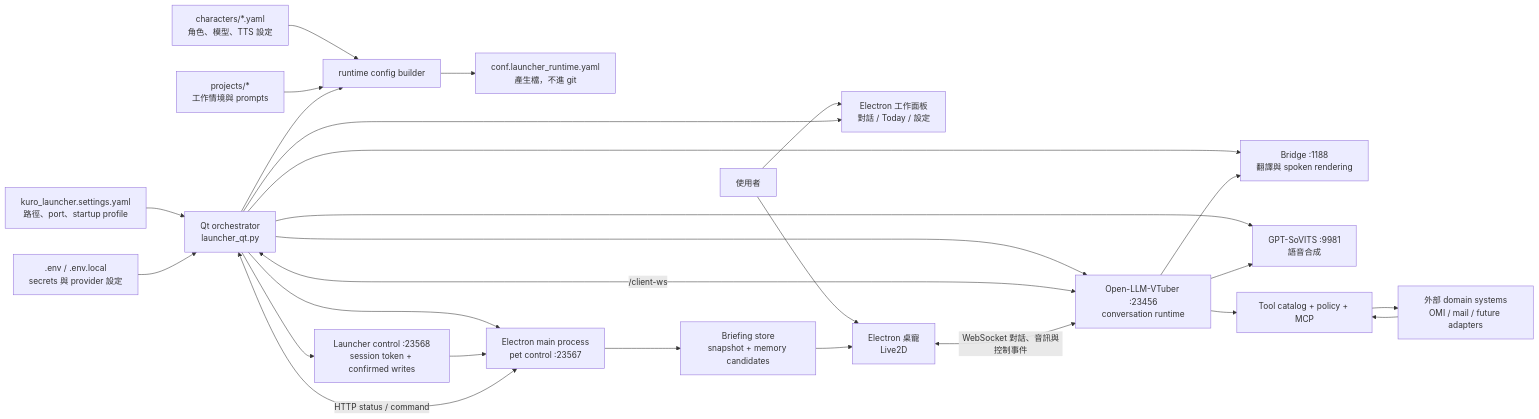
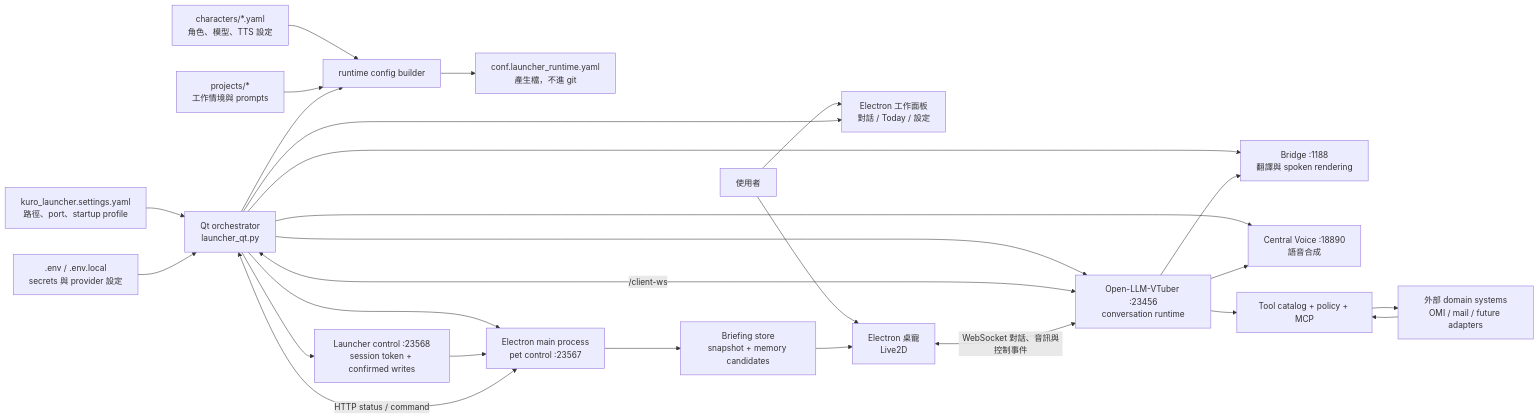
The first of 4 diagrams in README.md (lulu930128/desktop-agent-runtime), drawn with Mermaid before and after one commit. The commit also changed other lines of this file and 267 other files, not shown here.

First line of the commit message:
feat: release 1.1.0 with central voice runtime

````diff
--- a/README.md
+++ b/README.md
@@ -64,33 +64,33 @@
 ```mermaid
 flowchart LR
     User["使用者"] --> WorkPanel["Electron 工作面板<br/>對話 / Today / 設定"]
     User --> PetUI["Electron 桌寵<br/>Live2D"]
     Console["Qt orchestrator<br/>launcher_qt.py"] --> WorkPanel
 
     Settings["kuro_launcher.settings.yaml<br/>路徑、port、startup profile"] --> Console
     Env[".env / .env.local<br/>secrets 與 provider 設定"] --> Console
     Character["characters/*.yaml<br/>角色、模型、TTS 設定"] --> RuntimeBuilder["runtime config builder"]
     Project["projects/*<br/>工作情境與 prompts"] --> RuntimeBuilder
     Console --> RuntimeBuilder
     RuntimeBuilder --> Generated["conf.launcher_runtime.yaml<br/>產生檔，不進 git"]
 
     Console --> Bridge["Bridge :1188<br/>翻譯與 spoken rendering"]
-    Console --> TTS["GPT-SoVITS :9981<br/>語音合成"]
+    Console --> TTS["Central Voice :18890<br/>語音合成"]
     Console --> Runtime["Open-LLM-VTuber :23456<br/>conversation runtime"]
     Console --> PetMain["Electron main process<br/>pet control :23567"]
     Console --> LauncherControl["Launcher control :23568<br/>session token + confirmed writes"]
     LauncherControl --> PetMain
 
     Console <-->|"/client-ws"| Runtime
     PetUI <-->|"WebSocket 對話、音訊與控制事件"| Runtime
     Runtime --> Bridge
     Runtime --> TTS
 
     Runtime --> Tools["Tool catalog + policy + MCP"]
     Tools --> Domain["外部 domain systems<br/>OMI / mail / future adapters"]
     Domain --> Tools
 
     Console <-->|"HTTP status / command"| PetMain
     PetMain --> BriefingStore["Briefing store<br/>snapshot + memory candidates"]
     BriefingStore --> PetUI
 ```
````
